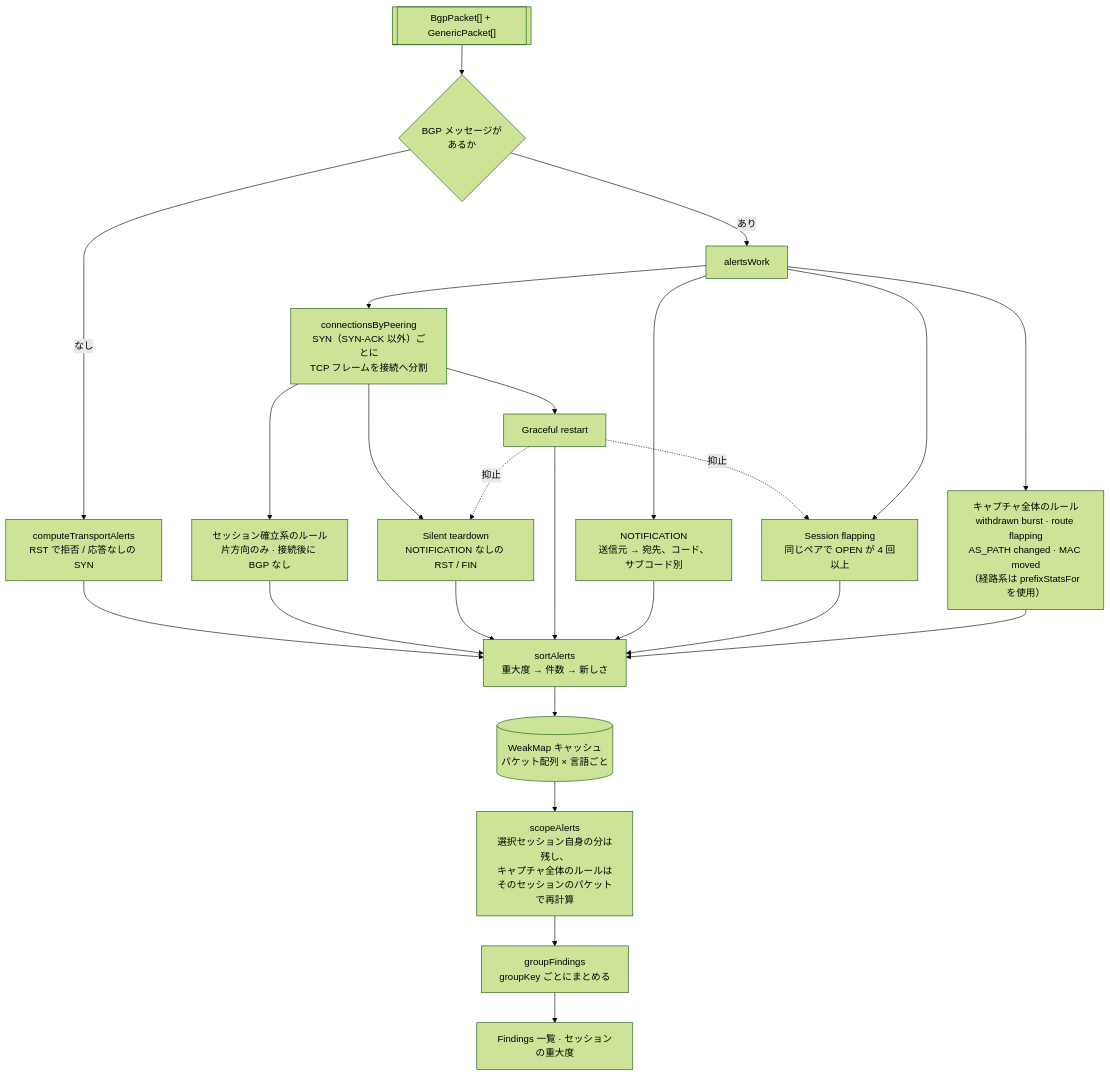
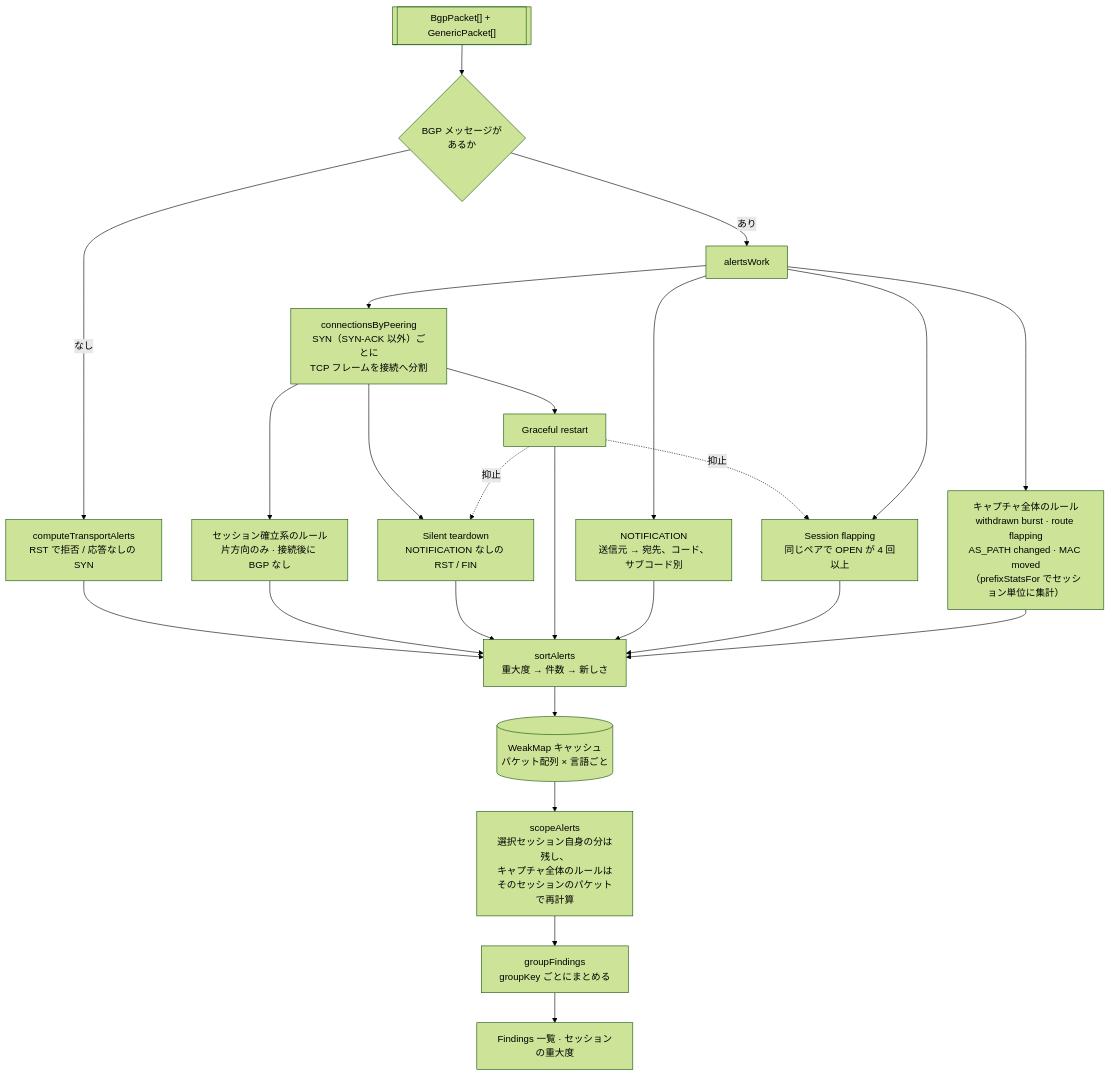
Before and after one commit to shmuto/bgpshark: the tenth of 13 diagrams in docs/architecture.ja.md, drawn with Mermaid (forest theme). The commit also changed other lines of this file and 8 other files, not shown here.

Commit message:
Docs: review and polish CLAUDE.md and architecture/design docs

````diff
--- a/docs/architecture.ja.md
+++ b/docs/architecture.ja.md
@@ -417,22 +417,22 @@
 ```mermaid
 flowchart TB
     in[["BgpPacket[] + GenericPacket[]"]] --> any{"BGP メッセージが<br/>あるか"}
     any -- "なし" --> transport["computeTransportAlerts<br/>RST で拒否 / 応答なしの SYN"]
     any -- "あり" --> work["alertsWork"]
     work --> conns["connectionsByPeering<br/>SYN（SYN-ACK 以外）ごとに<br/>TCP フレームを接続へ分割"]
 
     conns --> setup["セッション確立系のルール<br/>片方向のみ · 接続後に BGP なし"]
     conns --> silent["Silent teardown<br/>NOTIFICATION なしの RST / FIN"]
     conns --> gr["Graceful restart"]
     gr -. "抑止" .-> silent
     gr -. "抑止" .-> flap
     work --> notif["NOTIFICATION<br/>送信元 → 宛先、コード、サブコード別"]
     work --> flap["Session flapping<br/>同じペアで OPEN が 4 回以上"]
-    work --> route["キャプチャ全体のルール<br/>withdrawn burst · route flapping<br/>AS_PATH changed · MAC moved<br/>（経路系は prefixStatsFor を使用）"]
+    work --> route["キャプチャ全体のルール<br/>withdrawn burst · route flapping<br/>AS_PATH changed · MAC moved<br/>（prefixStatsFor でセッション単位に集計）"]
 
     transport & setup & silent & gr & notif & flap & route --> sort["sortAlerts<br/>重大度 → 件数 → 新しさ"]
     sort --> cache[("WeakMap キャッシュ<br/>パケット配列 × 言語ごと")]
     cache --> scope["scopeAlerts<br/>選択セッション自身の分は残し、<br/>キャプチャ全体のルールは<br/>そのセッションのパケットで再計算"]
     scope --> group["groupFindings<br/>groupKey ごとにまとめる"]
     group --> ui["Findings 一覧 · セッションの重大度"]
 ```
````
